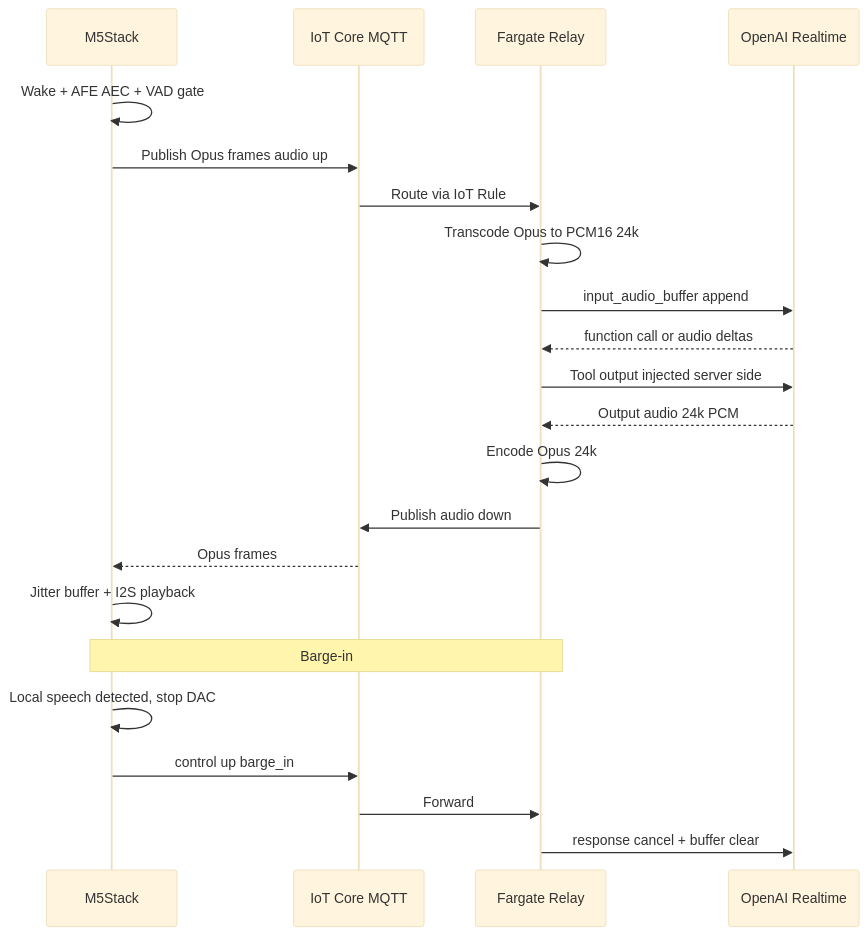
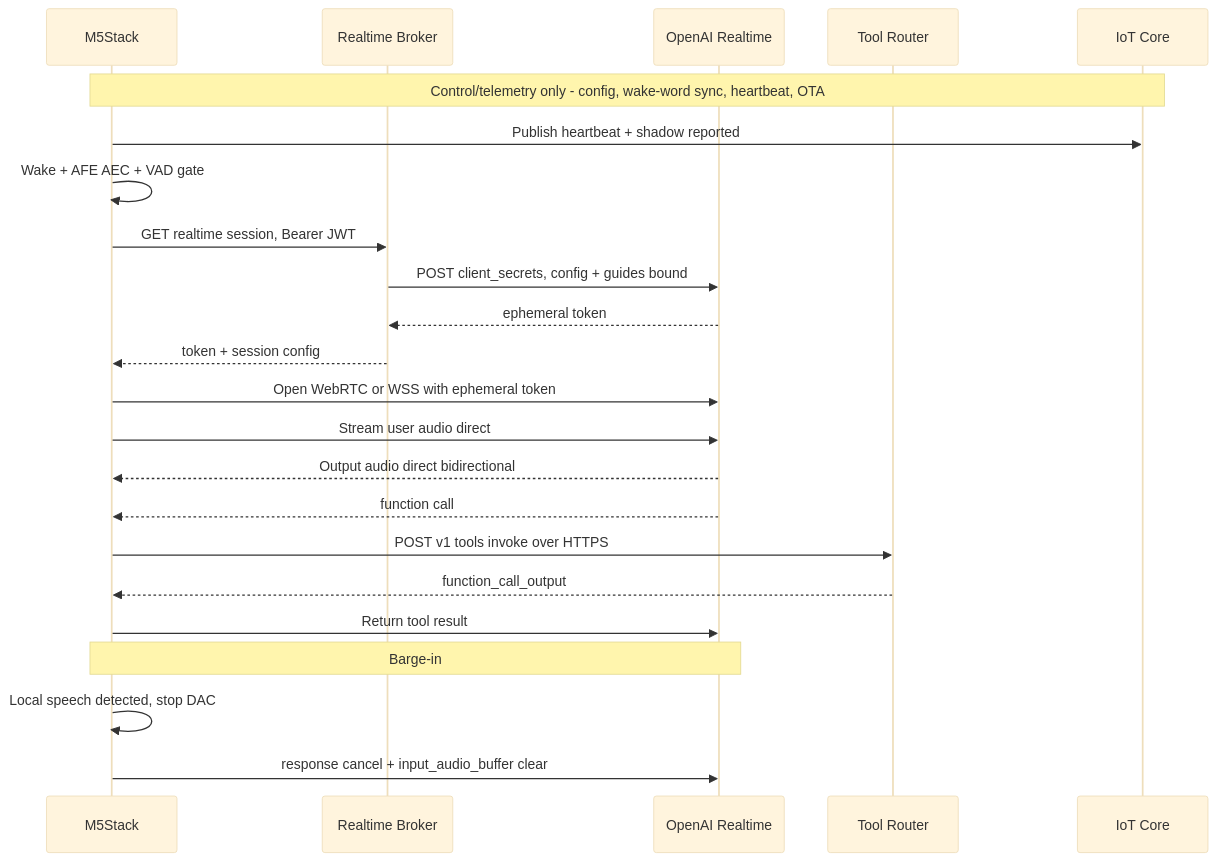
One commit to JeremyProffittOrg/live-ninja changed the seventh of 12 diagrams in PRD.md. Above: the diagram before and after it, drawn with Mermaid (base theme). The commit also changed other lines of this file and 3 other files, not shown here.

First line of the commit message:
Merge best-of comparison into PRD; make M5Stack audio direct-to-OpenAI; memory into main plan; fix mockup gallery paths

````diff
--- a/PRD.md
+++ b/PRD.md
@@ -403,25 +429,26 @@
 ```mermaid
 sequenceDiagram
     participant DEV as M5Stack
-    participant IOT as IoT Core MQTT
-    participant RL as Fargate Relay
+    participant B as Realtime Broker
     participant O as OpenAI Realtime
+    participant T as Tool Router
+    participant IOT as IoT Core
 
+    Note over DEV,IOT: Control/telemetry only - config, wake-word sync, heartbeat, OTA
+    DEV->>IOT: Publish heartbeat + shadow reported
     DEV->>DEV: Wake + AFE AEC + VAD gate
-    DEV->>IOT: Publish Opus frames audio up
-    IOT->>RL: Route via IoT Rule
-    RL->>RL: Transcode Opus to PCM16 24k
-    RL->>O: input_audio_buffer append
-    O-->>RL: function call or audio deltas
-    RL->>O: Tool output injected server side
-    O-->>RL: Output audio 24k PCM
-    RL->>RL: Encode Opus 24k
-    RL->>IOT: Publish audio down
-    IOT-->>DEV: Opus frames
-    DEV->>DEV: Jitter buffer + I2S playback
-    Note over DEV,RL: Barge-in
+    DEV->>B: GET realtime session, Bearer JWT
+    B->>O: POST client_secrets, config + guides bound
+    O-->>B: ephemeral token
+    B-->>DEV: token + session config
+    DEV->>O: Open WebRTC or WSS with ephemeral token
+    DEV->>O: Stream user audio direct
+    O-->>DEV: Output audio direct bidirectional
+    O-->>DEV: function call
+    DEV->>T: POST v1 tools invoke over HTTPS
+    T-->>DEV: function_call_output
+    DEV->>O: Return tool result
+    Note over DEV,O: Barge-in
     DEV->>DEV: Local speech detected, stop DAC
-    DEV->>IOT: control up barge_in
-    IOT->>RL: Forward
-    RL->>O: response cancel + buffer clear
+    DEV->>O: response cancel + input_audio_buffer clear
 ```
````
